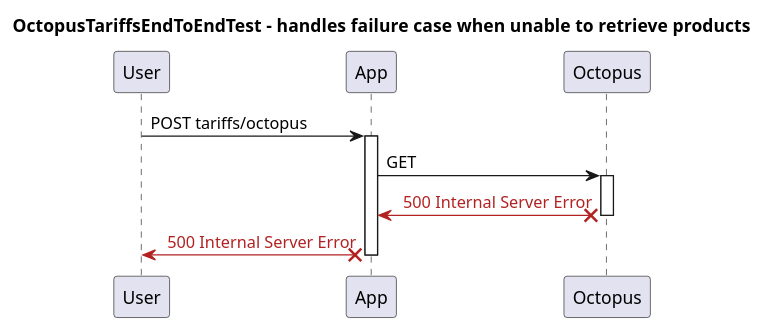
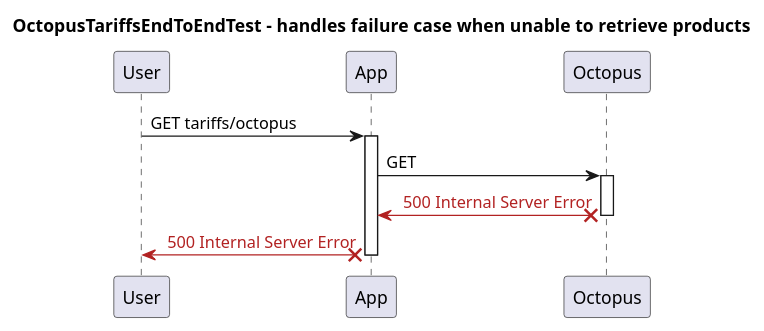
The diagram in WebApp/sequences/OctopusTariffsEndToEndTest - handles failure case when unable to retrieve products - Sequence.puml (JamesWheadon/Carbon-Intensity), drawn with PlantUML before and after one commit. The commit also changed 4 other files, not shown here.

```diff
--- a/WebApp/sequences/OctopusTariffsEndToEndTest - handles failure case when unable to retrieve products - Sequence.puml
+++ b/WebApp/sequences/OctopusTariffsEndToEndTest - handles failure case when unable to retrieve products - Sequence.puml
@@ -1,15 +1,15 @@
 @startuml
 title OctopusTariffsEndToEndTest - handles failure case when unable to retrieve products
 participant "User"
 participant "App"
 participant "Octopus"
-"User" -> "App": POST tariffs/octopus
+"User" -> "App": GET tariffs/octopus
 activate "App"
 "App" -> "Octopus": GET 
 activate "Octopus"
 
 "Octopus" X-[#FireBrick]> "App": <color:FireBrick> 500 Internal Server Error
 deactivate "Octopus"
 "App" X-[#FireBrick]> "User": <color:FireBrick> 500 Internal Server Error
 deactivate "App"
 @enduml
```
